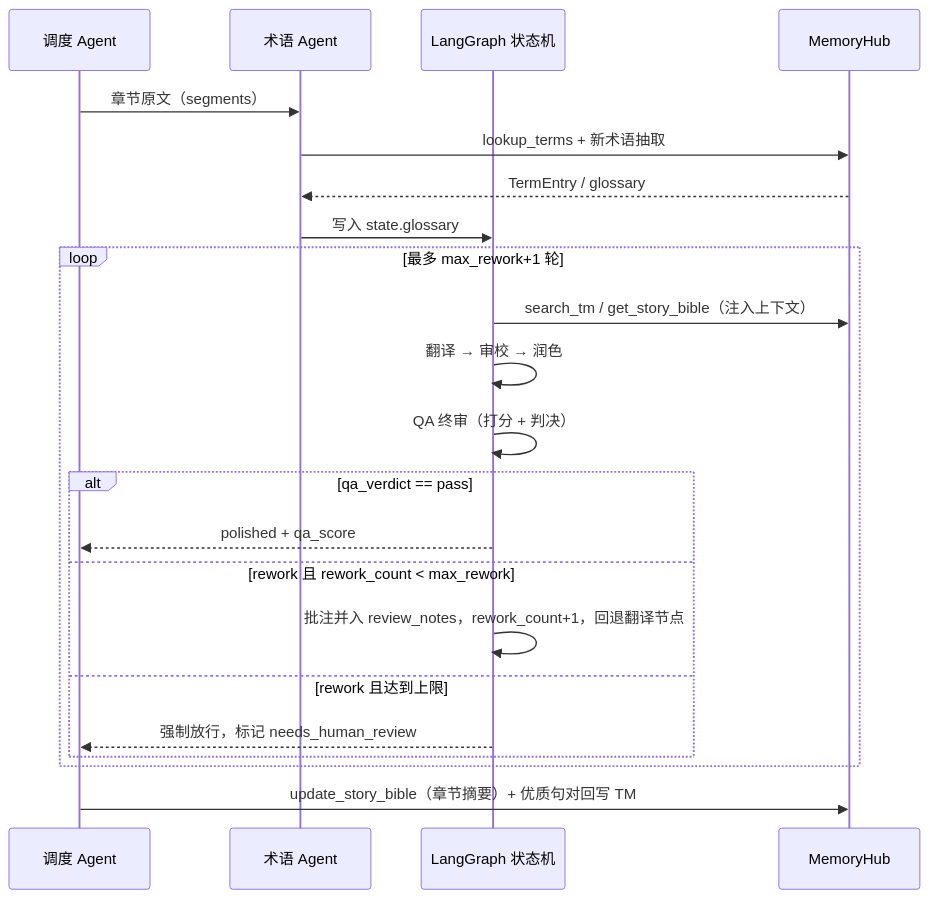
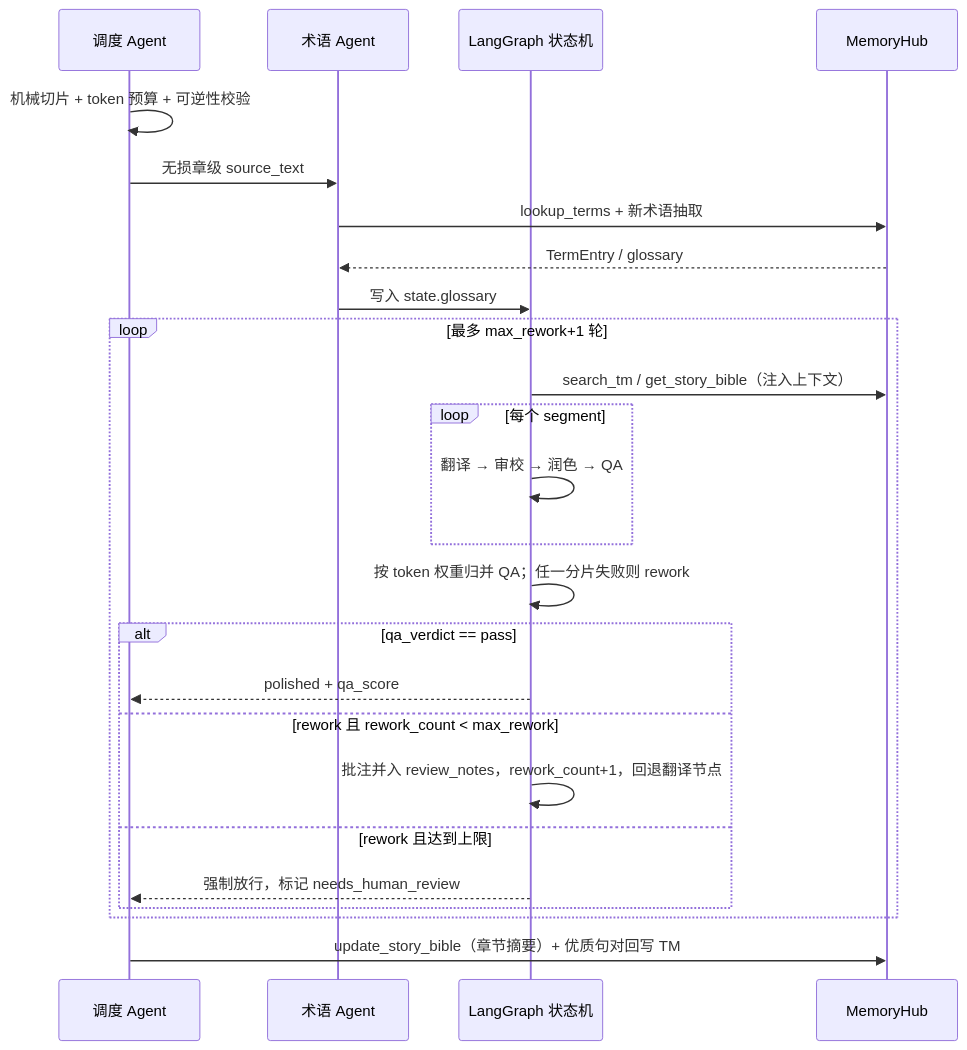
The second of 3 diagrams in docs/architecture.md (Ryan7RWZ/MultiAgent-Novel-Translation), drawn with Mermaid before and after one commit. The commit also changed other lines of this file and 20 other files, not shown here.

````diff
--- a/docs/architecture.md
+++ b/docs/architecture.md
@@ -105,25 +110,28 @@
 ```mermaid
 sequenceDiagram
     participant O as 调度 Agent
     participant G as 术语 Agent
     participant S as LangGraph 状态机
     participant M as MemoryHub
 
-    O->>G: 章节原文（segments）
+    O->>O: 机械切片 + token 预算 + 可逆性校验
+    O->>G: 无损章级 source_text
     G->>M: lookup_terms + 新术语抽取
     M-->>G: TermEntry / glossary
     G->>S: 写入 state.glossary
     loop 最多 max_rework+1 轮
         S->>M: search_tm / get_story_bible（注入上下文）
-        S->>S: 翻译 → 审校 → 润色
-        S->>S: QA 终审（打分 + 判决）
+        loop 每个 segment
+            S->>S: 翻译 → 审校 → 润色 → QA
+        end
+        S->>S: 按 token 权重归并 QA；任一分片失败则 rework
         alt qa_verdict == pass
             S-->>O: polished + qa_score
         else rework 且 rework_count < max_rework
             S->>S: 批注并入 review_notes，rework_count+1，回退翻译节点
         else rework 且达到上限
             S-->>O: 强制放行，标记 needs_human_review
         end
     end
     O->>M: update_story_bible（章节摘要）+ 优质句对回写 TM
 ```
````
